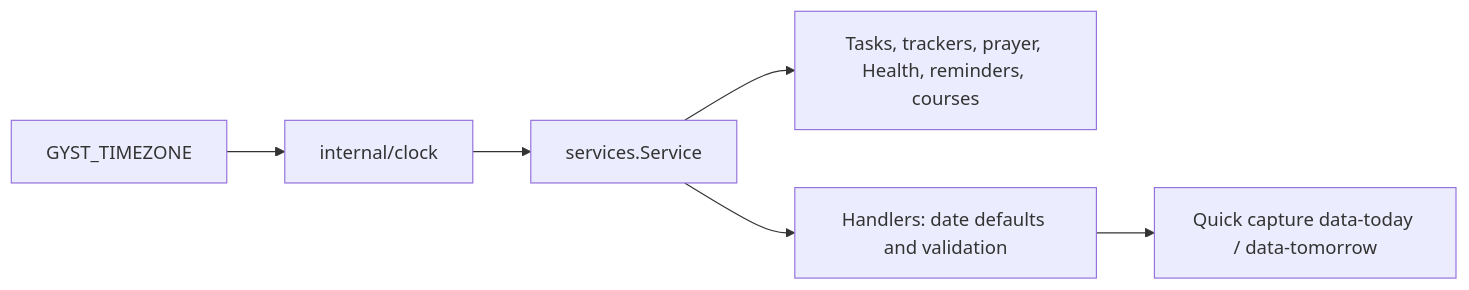
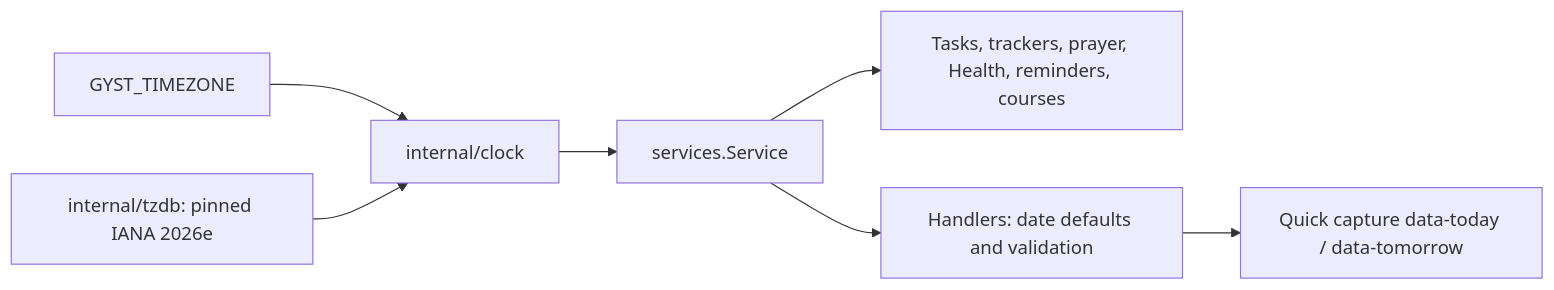
One commit to JayDalool/gyst-lifeops changed the second of 5 diagrams in docs/ARCHITECTURE.md. Above: the diagram before and after it, drawn with Mermaid. The commit also changed other lines of this file and 31 other files, not shown here.

````diff
--- a/docs/ARCHITECTURE.md
+++ b/docs/ARCHITECTURE.md
@@ -118,8 +126,9 @@
 ```mermaid
 flowchart LR
     Env[GYST_TIMEZONE] --> Clock[internal/clock]
+    TZDB[internal/tzdb: pinned IANA 2026e] --> Clock
     Clock --> Service[services.Service]
     Service --> Days[Tasks, trackers, prayer, Health, reminders, courses]
     Service --> Handlers[Handlers: date defaults and validation]
     Handlers --> Palette[Quick capture data-today / data-tomorrow]
 ```
````
